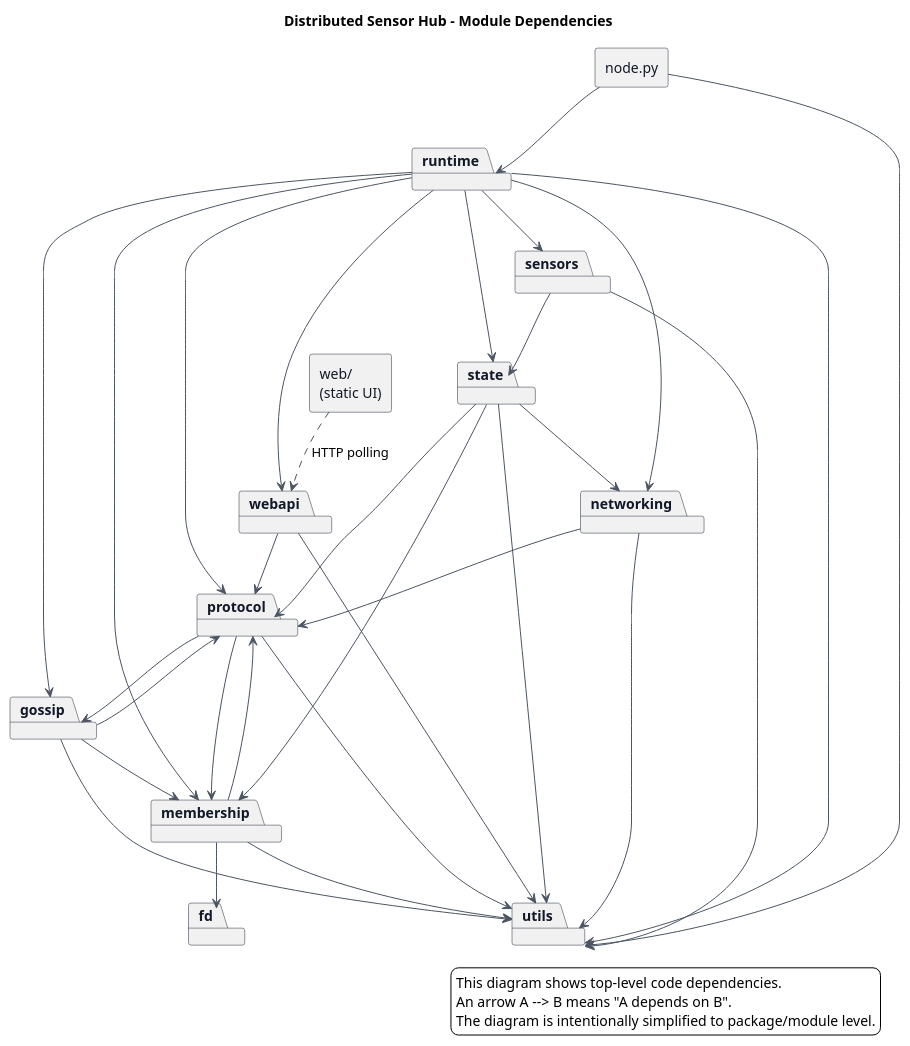
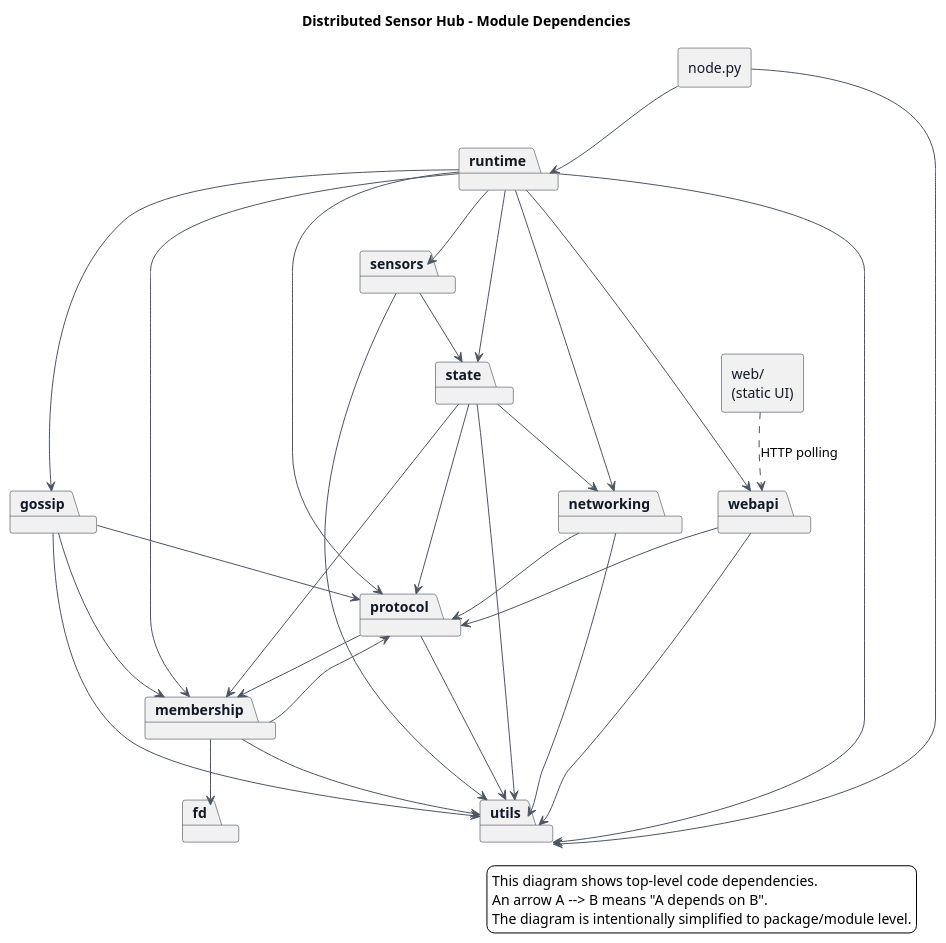
One commit to AlexSantini10/distributed-sensor-hub changed the diagram in docs/module-dependencies.puml. Above: the diagram before and after it, drawn with PlantUML. The commit also changed 5 other files, not shown here.

Commit message:
refactor: :recycle: break gossip-protocol dependency cycle

```diff
--- a/docs/module-dependencies.puml
+++ b/docs/module-dependencies.puml
@@ -1,74 +1,73 @@
 @startuml
 title Distributed Sensor Hub - Module Dependencies
 
 skinparam backgroundColor white
 skinparam shadowing false
 skinparam packageStyle rectangle
 skinparam componentStyle rectangle
 skinparam ArrowColor #4B5563
 skinparam PackageBorderColor #1F2937
 skinparam PackageFontColor #111827
 skinparam ComponentBorderColor #1F2937
 skinparam ComponentFontColor #111827
 
 legend right
   This diagram shows top-level code dependencies.
   An arrow A --> B means "A depends on B".
   The diagram is intentionally simplified to package/module level.
 endlegend
 
 component "node.py" as node
 
 package "runtime" as runtime
 package "protocol" as protocol
 package "networking" as networking
 package "membership" as membership
 package "fd" as fd
 package "gossip" as gossip
 package "state" as state
 package "sensors" as sensors
 package "webapi" as webapi
 package "utils" as utils
 component "web/\n(static UI)" as web
 
 node --> runtime
 node --> utils
 
 runtime --> networking
 runtime --> protocol
 runtime --> membership
 runtime --> gossip
 runtime --> sensors
 runtime --> state
 runtime --> webapi
 runtime --> utils
 
 protocol --> membership
-protocol --> gossip
 protocol --> utils
 
 networking --> protocol
 networking --> utils
 
 membership --> fd
 membership --> protocol
 membership --> utils
 
 gossip --> membership
 gossip --> protocol
 gossip --> utils
 
 state --> membership
 state --> networking
 state --> protocol
 state --> utils
 
 sensors --> state
 sensors --> utils
 
 webapi --> protocol
 webapi --> utils
 
 web ..> webapi : HTTP polling
 
 @enduml
```
